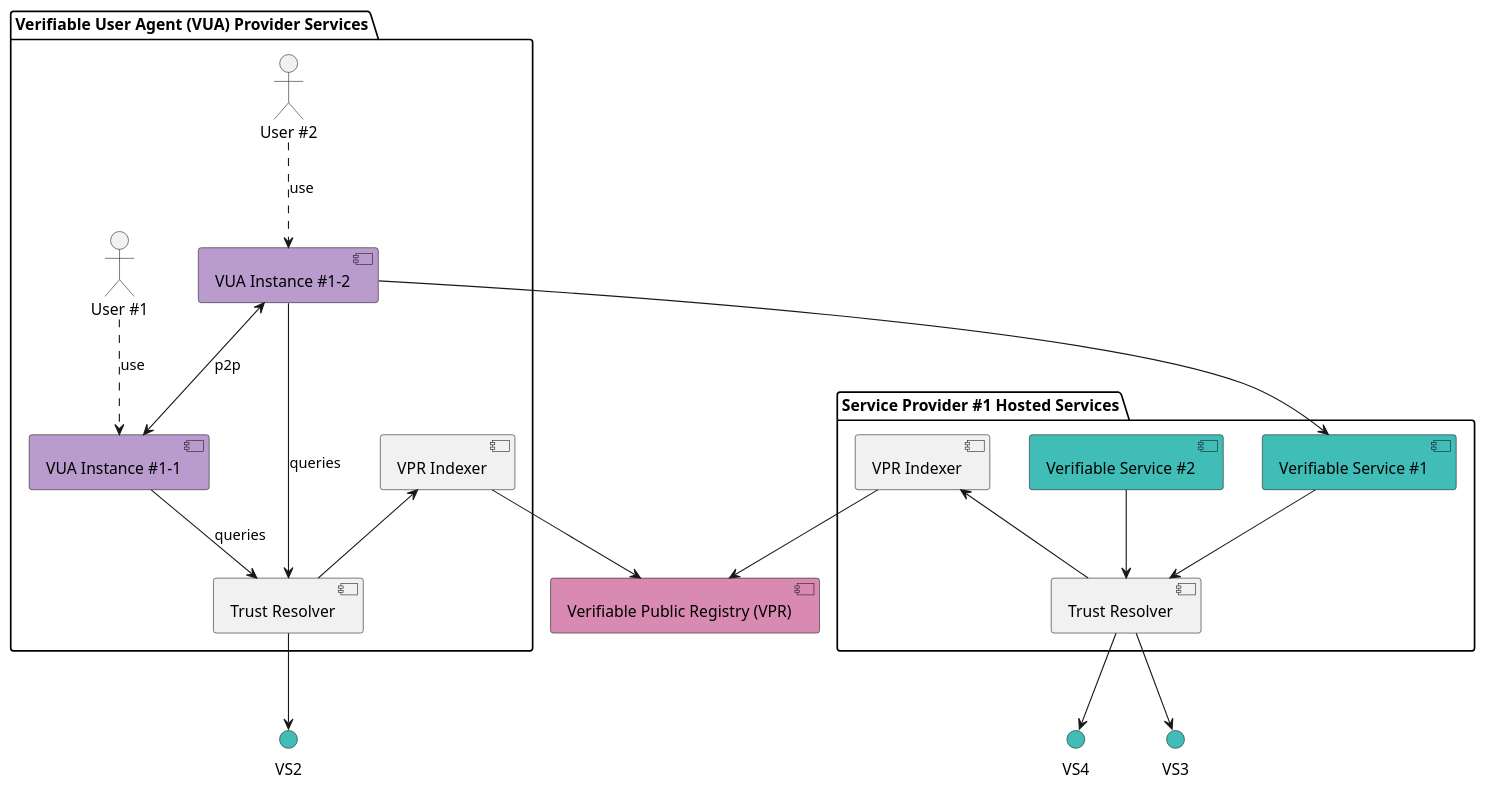
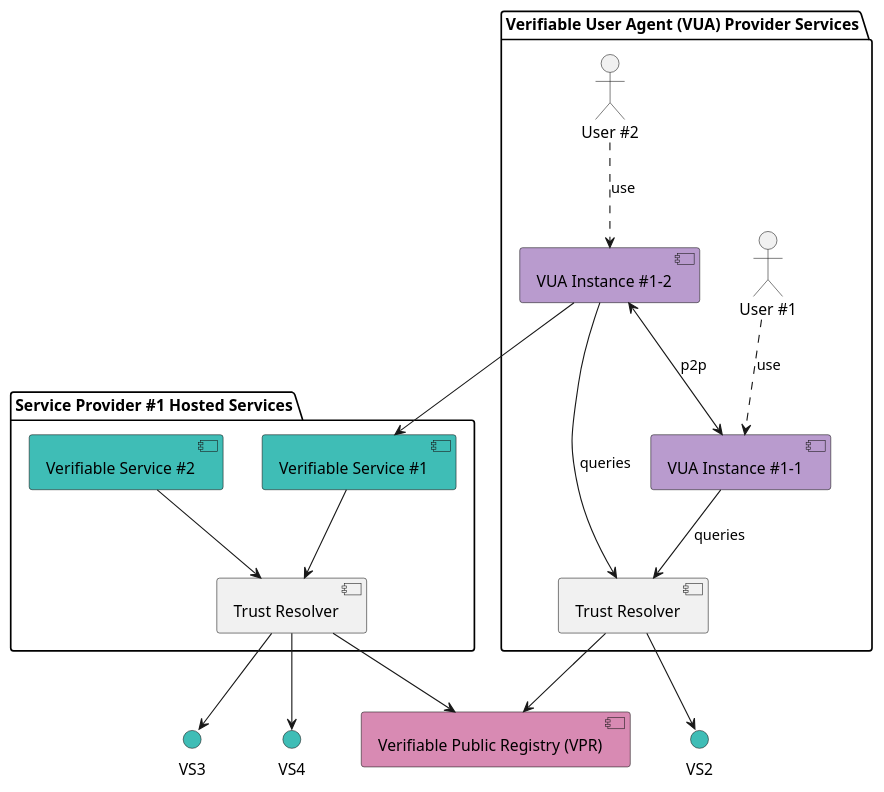
Before and after one commit to verana-labs/verana-docs: the fourth of 4 diagrams in docs/learn/verifiable-trust/30-components.md, drawn with PlantUML. The commit also changed other lines of this file, not shown here.

Commit message:
schema updates

````diff
--- a/docs/learn/verifiable-trust/30-components.md
+++ b/docs/learn/verifiable-trust/30-components.md
@@ -104,58 +104,53 @@
 ```plantuml
 @startuml
 
 [Verifiable Public Registry (VPR)] as VPR #D88AB3
 
 
 package "Service Provider #1 Hosted Services" as VSP  {
   [Verifiable Service #1] as VS1sa #3fbdb6
   [Verifiable Service #2] as VS2sa #3fbdb6
   
     [Trust Resolver] as VS1tr
-    [VPR Indexer] as VS1idx
     VS1sa --> VS1tr
-    VS1idx <-- VS1tr
 
     VS2sa --> VS1tr
 }
 
 interface VS2 #3fbdb6
 interface VS3 #3fbdb6
 interface VS4 #3fbdb6
 
 
 package "Verifiable User Agent (VUA) Provider Services" as App1 {
     actor "User #1" as user1
 actor "User #2" as user2
   [VUA Instance #1-1] as VUA11 #b99bce
   [VUA Instance #1-2] as VUA12 #b99bce
     [Trust Resolver] as VUAtr
-    [VPR Indexer] as VUAidx
 
 }
 
 VUAtr --> VS2
 
-VUAidx --> VPR
-
-VUAidx <-- VUAtr
+VUAtr --> VPR
 
 VS1tr --> VS3
 VS1tr --> VS4
 
-VS1idx --> VPR
+VS1tr --> VPR
 
 
 VUA12 --> VUAtr : queries
 VUA11 --> VUAtr : queries
 
 VUA12 <--> VUA11 : p2p
 
 user1 ..> VUA11 : use
 user2 ..> VUA12 : use
 
 VUA12 -->  VS1sa
 
 @enduml
 
 ```
````
